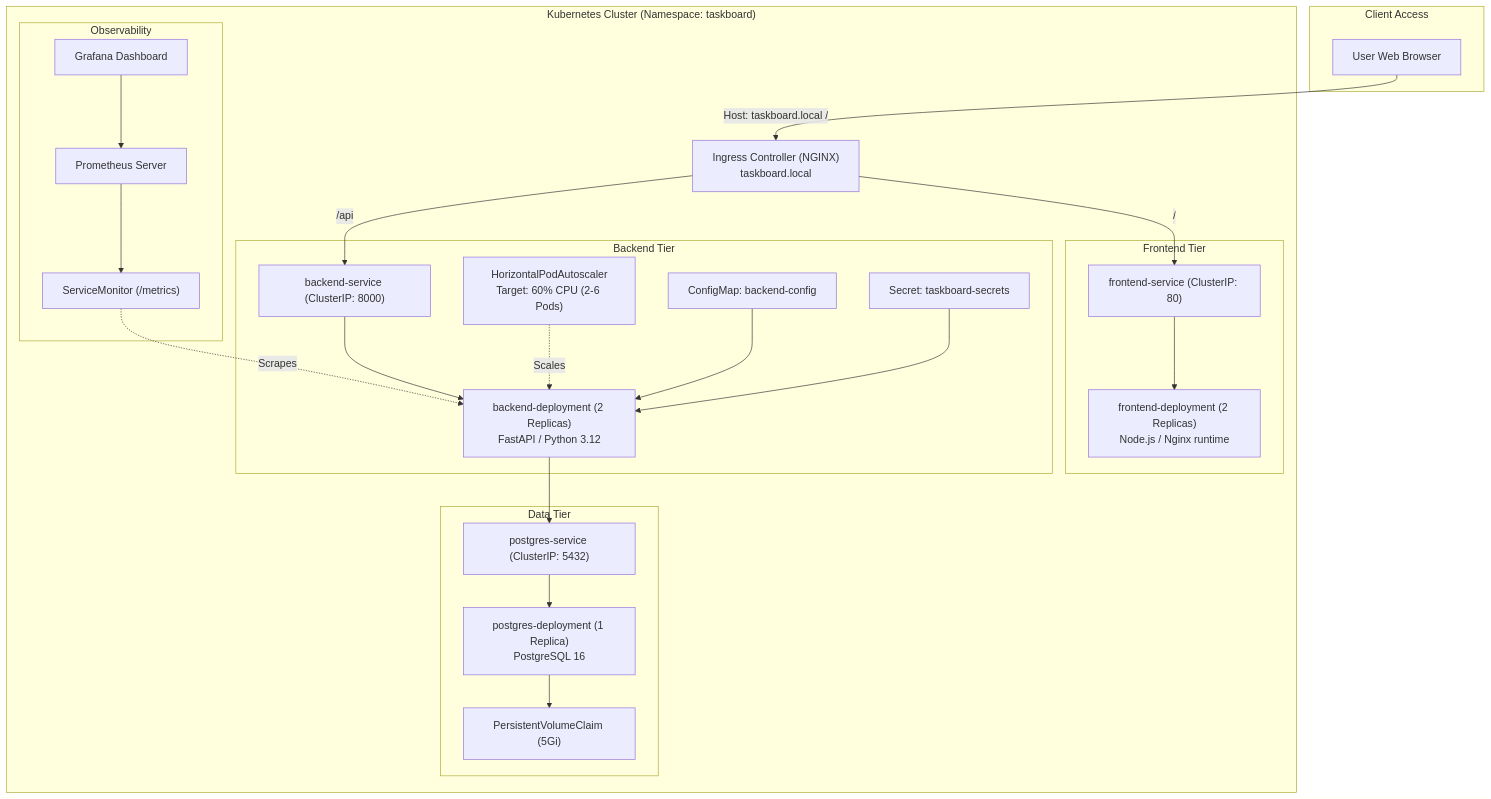
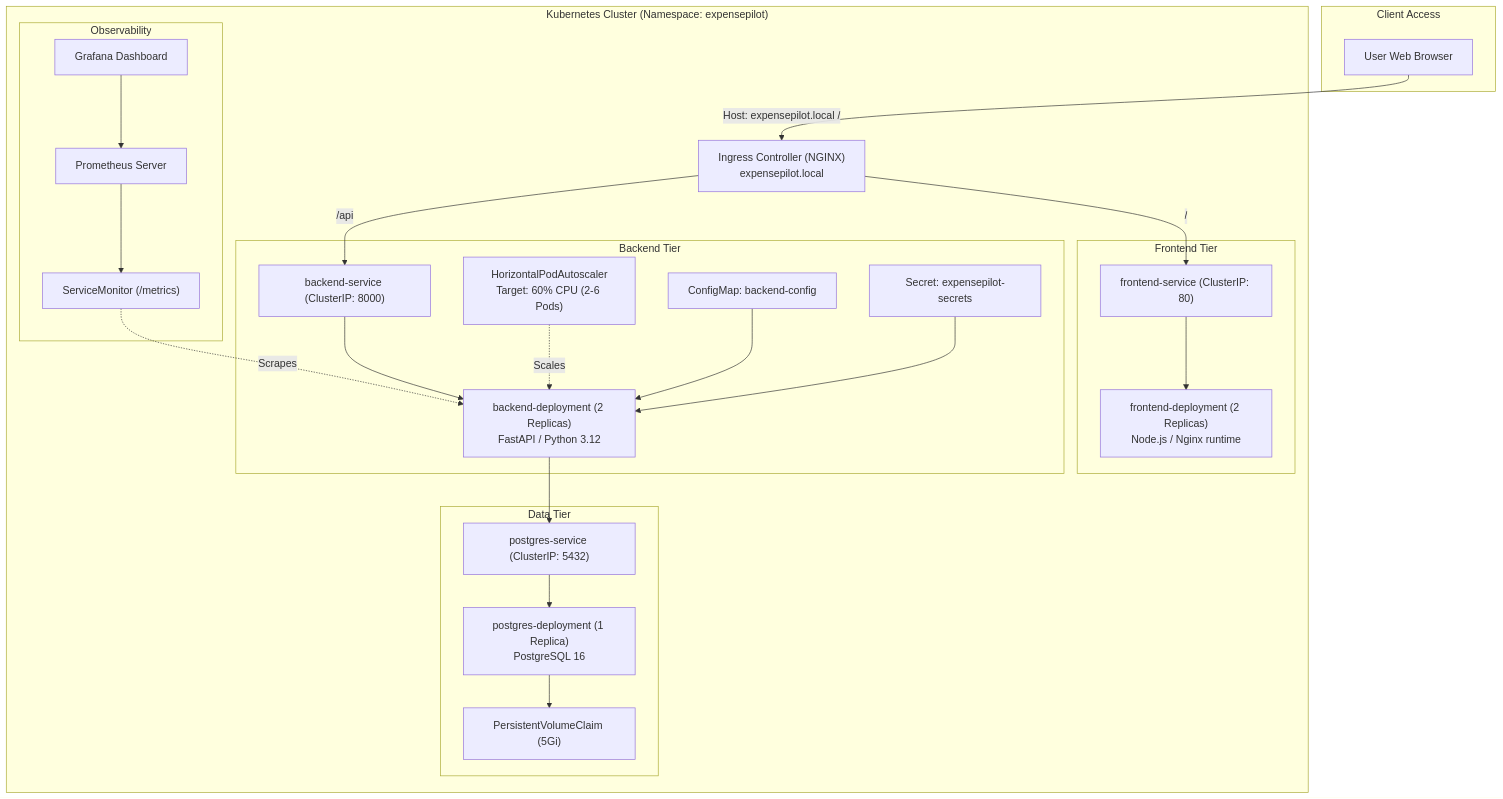
The diagram in README.md (akshat-code21/final-devops-project), drawn with Mermaid before and after one commit. The commit also changed other lines of this file and 48 other files, not shown here.

````diff
--- a/README.md
+++ b/README.md
@@ -93,50 +93,50 @@
 ```mermaid
 flowchart TD
     subgraph Client ["Client Access"]
         Browser["User Web Browser"]
     end
 
-    subgraph K8s ["Kubernetes Cluster (Namespace: taskboard)"]
-        Ingress["Ingress Controller (NGINX)<br/>taskboard.local"]
+    subgraph K8s ["Kubernetes Cluster (Namespace: expensepilot)"]
+        Ingress["Ingress Controller (NGINX)<br/>expensepilot.local"]
         
         subgraph FrontendTier ["Frontend Tier"]
             F_SVC["frontend-service (ClusterIP: 80)"]
             F_DEP["frontend-deployment (2 Replicas)<br/>Node.js / Nginx runtime"]
         end
 
         subgraph BackendTier ["Backend Tier"]
             B_SVC["backend-service (ClusterIP: 8000)"]
             B_DEP["backend-deployment (2 Replicas)<br/>FastAPI / Python 3.12"]
             HPA["HorizontalPodAutoscaler<br/>Target: 60% CPU (2-6 Pods)"]
             CM["ConfigMap: backend-config"]
-            SEC["Secret: taskboard-secrets"]
+            SEC["Secret: expensepilot-secrets"]
         end
 
         subgraph StorageTier ["Data Tier"]
             DB_SVC["postgres-service (ClusterIP: 5432)"]
             DB_DEP["postgres-deployment (1 Replica)<br/>PostgreSQL 16"]
             PVC["PersistentVolumeClaim (5Gi)"]
         end
 
         subgraph MonitoringTier ["Observability"]
             SM["ServiceMonitor (/metrics)"]
             PROM["Prometheus Server"]
             GRAF["Grafana Dashboard"]
         end
     end
 
-    Browser -->|Host: taskboard.local /| Ingress
+    Browser -->|Host: expensepilot.local /| Ingress
     Ingress -->|/api| B_SVC
     Ingress -->|/| F_SVC
     F_SVC --> F_DEP
     B_SVC --> B_DEP
     CM --> B_DEP
     SEC --> B_DEP
     B_DEP --> DB_SVC
     DB_SVC --> DB_DEP
     DB_DEP --> PVC
     HPA -. Scales .-> B_DEP
     SM -. Scrapes .-> B_DEP
     PROM --> SM
     GRAF --> PROM
 ```
````
